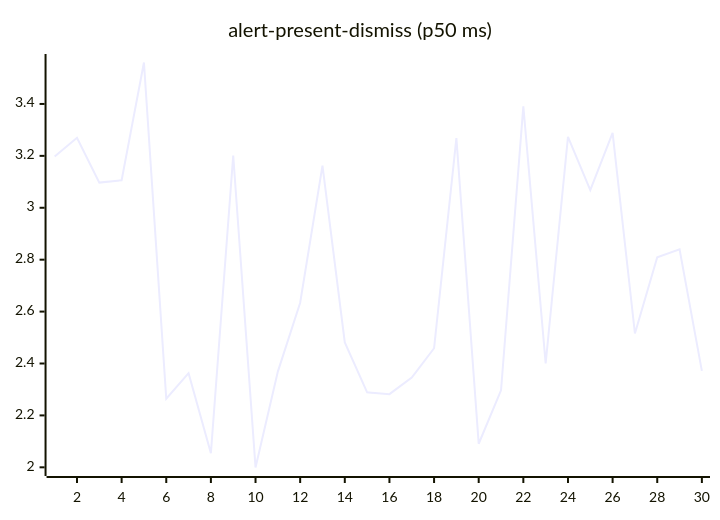
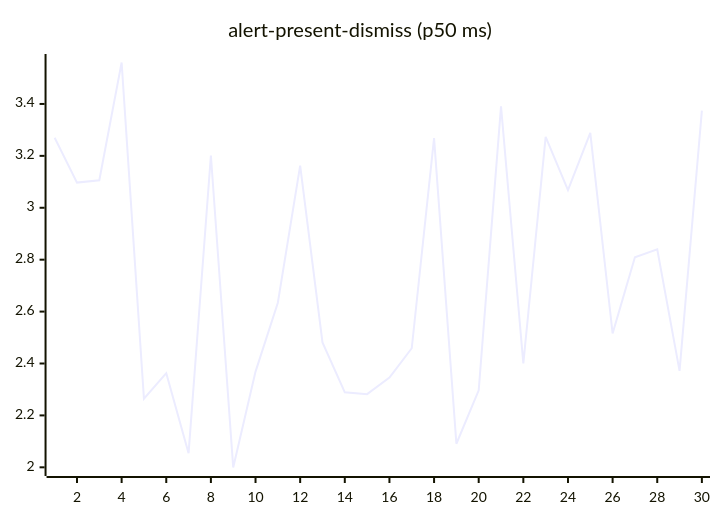
One commit to josha/Facet changed the second of 27 diagrams in README.md. Above: the diagram before and after it, drawn with Mermaid. The commit also changed other lines of this file and 2 other files, not shown here.

````diff
--- a/README.md
+++ b/README.md
@@ -70,6 +70,6 @@
 ```mermaid
 xychart-beta
     title "alert-present-dismiss (p50 ms)"
     x-axis 1 --> 30
-    line [3.1976, 3.2697, 3.0970, 3.1061, 3.5597, 2.2642, 2.3626, 2.0543, 3.2013, 1.9993, 2.3689, 2.6340, 3.1626, 2.4814, 2.2888, 2.2819, 2.3455, 2.4588, 3.2682, 2.0908, 2.2965, 3.3910, 2.4000, 3.2732, 3.0684, 3.2888, 2.5156, 2.8095, 2.8395, 2.3714]
+    line [3.2697, 3.0970, 3.1061, 3.5597, 2.2642, 2.3626, 2.0543, 3.2013, 1.9993, 2.3689, 2.6340, 3.1626, 2.4814, 2.2888, 2.2819, 2.3455, 2.4588, 3.2682, 2.0908, 2.2965, 3.3910, 2.4000, 3.2732, 3.0684, 3.2888, 2.5156, 2.8095, 2.8395, 2.3714, 3.3741]
 ```
````
